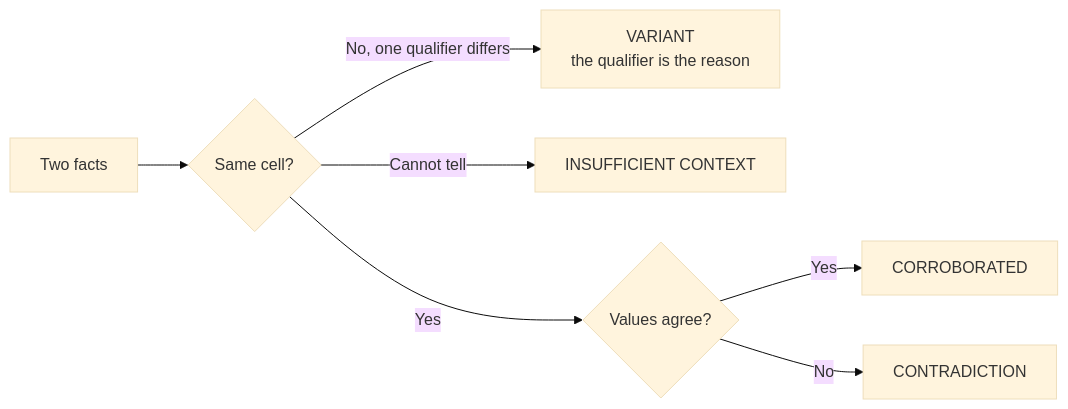
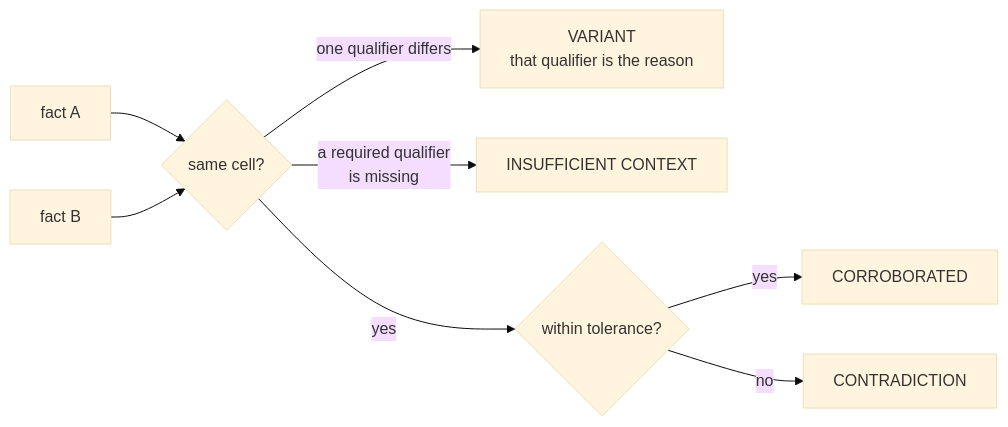
One commit to vishcrv/albatross changed the first of 4 diagrams in README.md. Above: the diagram before and after it, drawn with Mermaid (base theme). The commit also changed other lines of this file, not shown here.

First line of the commit message:
readme: architecture first, setup in three lines

````diff
--- a/README.md
+++ b/README.md
@@ -22,9 +46,10 @@
 ```mermaid
 flowchart LR
-    A["Two facts"] --> B{"Same cell?"}
-    B -->|"No, one qualifier differs"| C["VARIANT<br/>the qualifier is the reason"]
-    B -->|"Cannot tell"| D["INSUFFICIENT CONTEXT"]
-    B -->|"Yes"| E{"Values agree?"}
-    E -->|"Yes"| F["CORROBORATED"]
-    E -->|"No"| G["CONTRADICTION"]
+    A["fact A"] --> Q{"same cell?"}
+    B["fact B"] --> Q
+    Q -->|"one qualifier differs"| V["VARIANT<br/>that qualifier is the reason"]
+    Q -->|"a required qualifier<br/>is missing"| I["INSUFFICIENT CONTEXT"]
+    Q -->|"yes"| T{"within tolerance?"}
+    T -->|"yes"| C["CORROBORATED"]
+    T -->|"no"| X["CONTRADICTION"]
 ```
````
